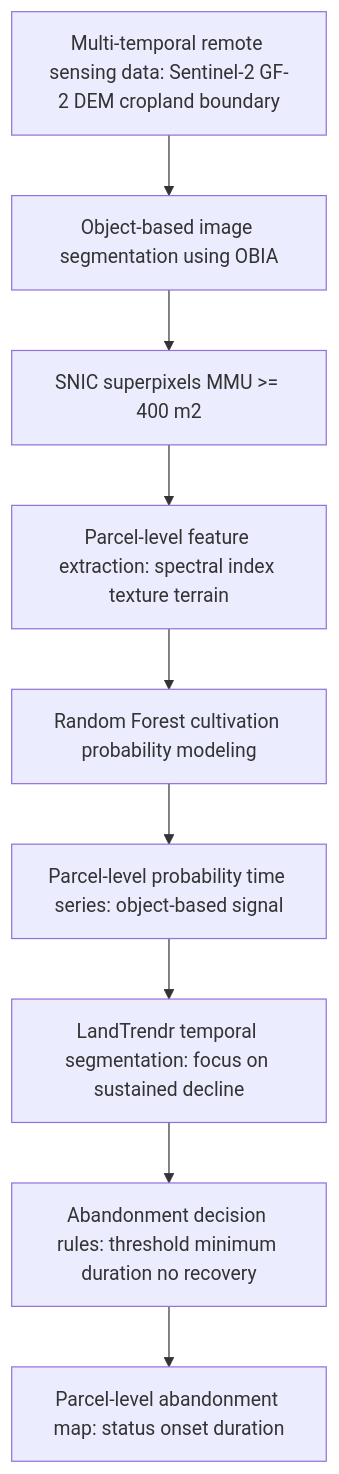
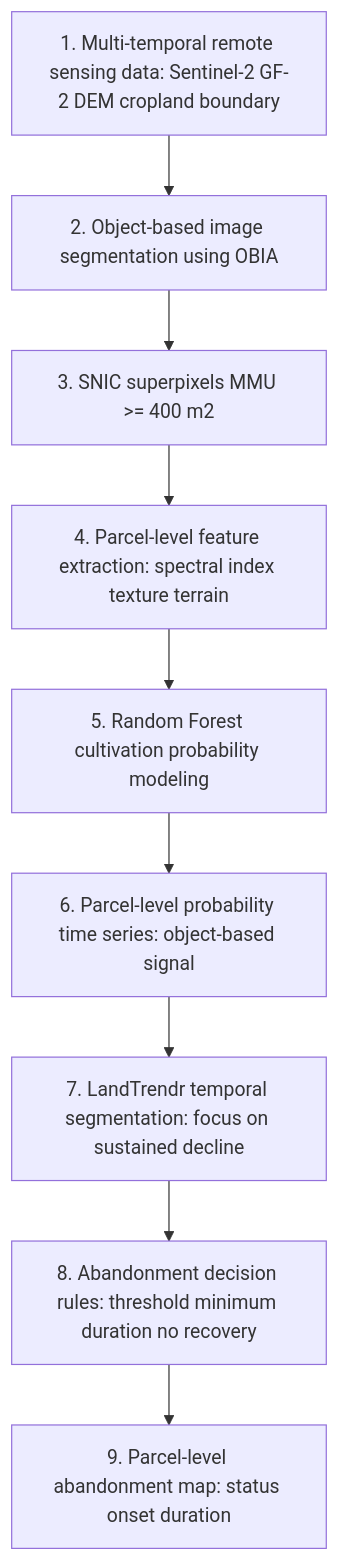
The diagram in README.md (yxy-2004/OBIA-LT-Cropland-Abandonment), drawn with Mermaid before and after one commit.

````diff
--- a/README.md
+++ b/README.md
@@ -10,14 +10,14 @@
 ```mermaid
 flowchart TD
-    A[Multi-temporal remote sensing data: Sentinel-2 GF-2 DEM cropland boundary]
-    B[Object-based image segmentation using OBIA]
-    C[SNIC superpixels MMU >= 400 m2]
-    D[Parcel-level feature extraction: spectral index texture terrain]
-    E[Random Forest cultivation probability modeling]
-    F[Parcel-level probability time series: object-based signal]
-    G[LandTrendr temporal segmentation: focus on sustained decline]
-    H[Abandonment decision rules: threshold minimum duration no recovery]
-    I[Parcel-level abandonment map: status onset duration]
+    A[1. Multi-temporal remote sensing data: Sentinel-2 GF-2 DEM cropland boundary]
+    B[2. Object-based image segmentation using OBIA]
+    C[3. SNIC superpixels MMU >= 400 m2]
+    D[4. Parcel-level feature extraction: spectral index texture terrain]
+    E[5. Random Forest cultivation probability modeling]
+    F[6. Parcel-level probability time series: object-based signal]
+    G[7. LandTrendr temporal segmentation: focus on sustained decline]
+    H[8. Abandonment decision rules: threshold minimum duration no recovery]
+    I[9. Parcel-level abandonment map: status onset duration]
 
     A --> B --> C --> D --> E --> F --> G --> H --> I
 ```
````
